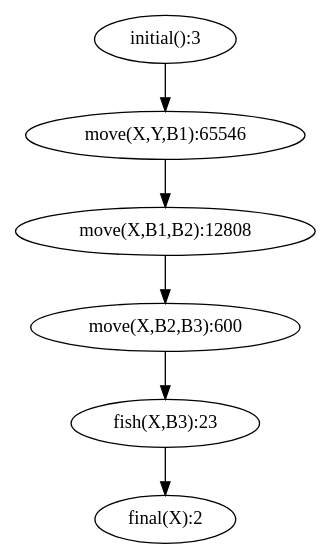
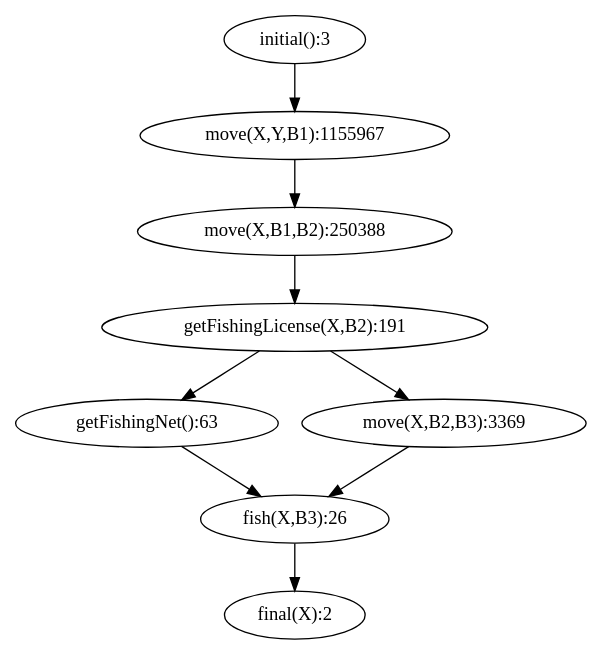
One commit to tokyramarozaka/mimosa-iriela-extension changed the diagram in output/simplified.png.dot. Above: the diagram before and after it, drawn with Graphviz. The commit also changed 17 other files, not shown here.

```diff
--- a/output/simplified.png.dot
+++ b/output/simplified.png.dot
@@ -1,7 +1,10 @@
 digraph G { 
-  "initial():3" -> "move(X,Y,B1):65546";
-  "fish(X,B3):23" -> "final(X):2";
-  "move(X,B2,B3):600" -> "fish(X,B3):23";
-  "move(X,B1,B2):12808" -> "move(X,B2,B3):600";
-  "move(X,Y,B1):65546" -> "move(X,B1,B2):12808";
+  "initial():3" -> "move(X,Y,B1):1155967";
+  "fish(X,B3):26" -> "final(X):2";
+  "getFishingNet():63" -> "fish(X,B3):26";
+  "getFishingLicense(X,B2):191" -> "getFishingNet():63";
+  "getFishingLicense(X,B2):191" -> "move(X,B2,B3):3369";
+  "move(X,B2,B3):3369" -> "fish(X,B3):26";
+  "move(X,B1,B2):250388" -> "getFishingLicense(X,B2):191";
+  "move(X,Y,B1):1155967" -> "move(X,B1,B2):250388";
 }
```
